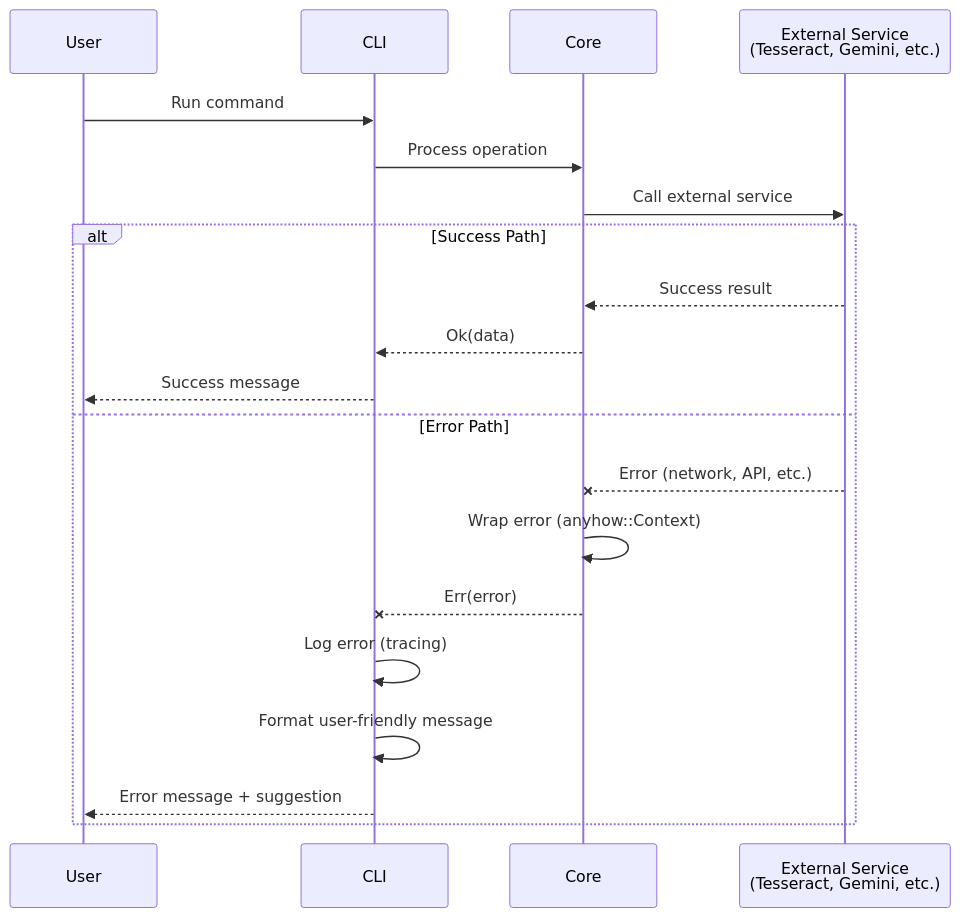
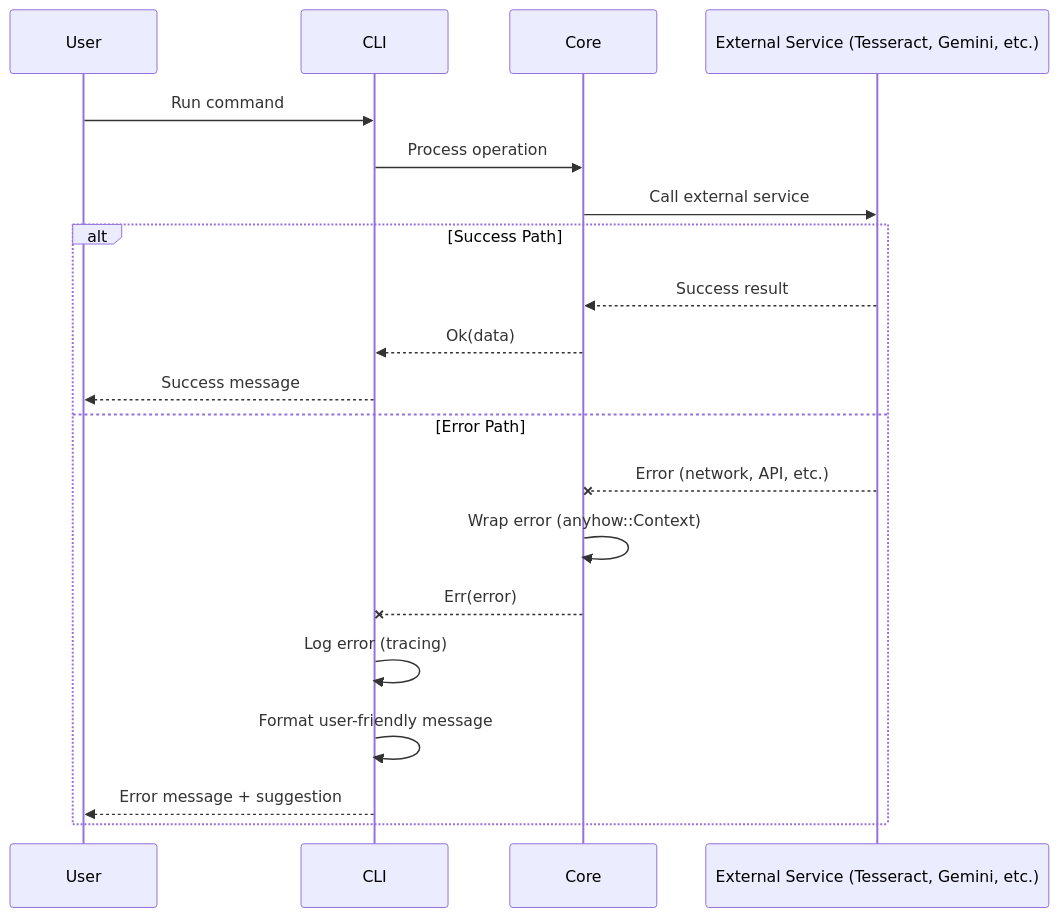
One commit to softwarewrighter/scan3data changed diagram 12 of 15 in wiki/Data-Flow.md. Above: the diagram before and after it, drawn with Mermaid. The commit also changed other lines of this file and 6 other files, not shown here.

First line of the commit message:
Fix wiki Mermaid diagrams: remove <br/> tags

````diff
--- a/wiki/Data-Flow.md
+++ b/wiki/Data-Flow.md
@@ -492,24 +492,24 @@
 ```mermaid
 sequenceDiagram
     participant User
     participant CLI
     participant Core
-    participant External as External Service<br/>(Tesseract, Gemini, etc.)
+    participant External as External Service (Tesseract, Gemini, etc.)
 
     User->>CLI: Run command
     CLI->>Core: Process operation
     Core->>External: Call external service
 
     alt Success Path
         External-->>Core: Success result
         Core-->>CLI: Ok(data)
         CLI-->>User: Success message
     else Error Path
         External--xCore: Error (network, API, etc.)
         Core->>Core: Wrap error (anyhow::Context)
         Core--xCLI: Err(error)
         CLI->>CLI: Log error (tracing)
         CLI->>CLI: Format user-friendly message
         CLI-->>User: Error message + suggestion
     end
 ```
````
